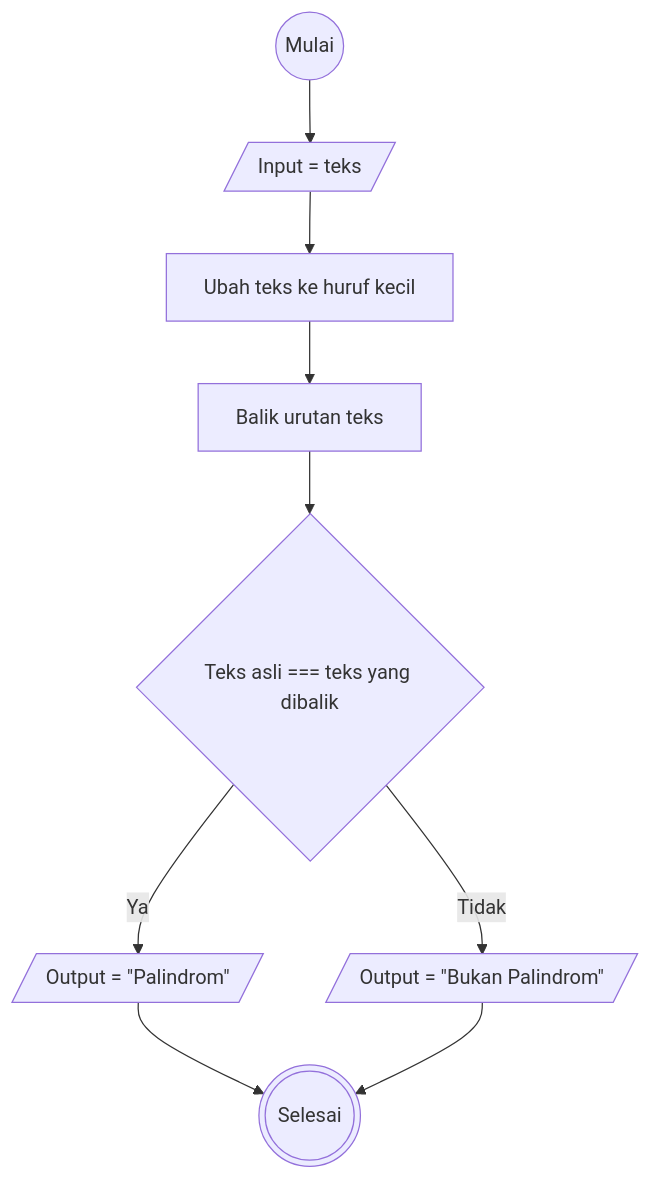
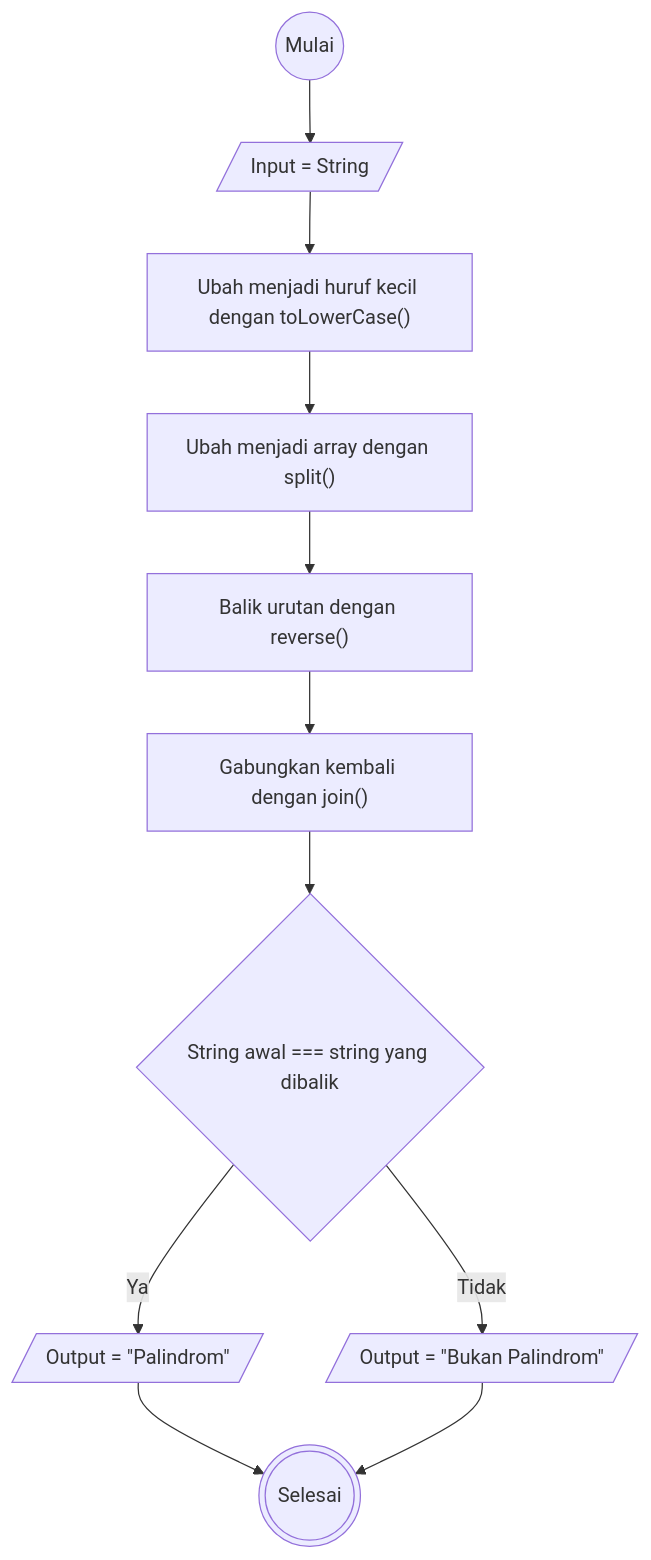
The first of 2 diagrams in algoritma.md (ranandasatria/fgo24-weeklytask1), drawn with Mermaid before and after one commit. The commit also changed other lines of this file, not shown here.

Commit message:
refactor: adding more detail to the descriptive algorithm and flowchart

````diff
--- a/algoritma.md
+++ b/algoritma.md
@@ -19,17 +18,19 @@
 ```mermaid
 flowchart
 a@{shape: circle, label: "Mulai"}
-b@{shape: lean-r, label: "Input = teks"}
-c@{shape: rect, label: "Ubah teks ke huruf kecil"}
-d@{shape: rect, label: "Balik urutan teks"}
-e@{shape: diamond, label: "Teks asli === teks yang dibalik"}
+b@{shape: lean-r, label: "Input = String"}
+c@{shape: rect, label: "Ubah menjadi huruf kecil dengan toLowerCase()"}
+c1@{shape: rect, label: "Ubah menjadi array dengan split()"}
+d@{shape: rect, label: "Balik urutan dengan reverse()"}
+d1@{shape: rect, label: "Gabungkan kembali dengan join()"}
+e@{shape: diamond, label: "String awal === string yang dibalik"}
 f@{shape: lean-r, label: Output = "Palindrom"}
 g@{shape: lean-r, label: Output = "Bukan Palindrom"}
 h@{shape: dbl-circ, label: "Selesai"}
 
-a-->b-->c-->d
-d-->e
+a-->b-->c-->c1-->d
+d-->d1-->e
 e--Ya-->f-->h
 e--Tidak-->g-->h
 
 ```
````
